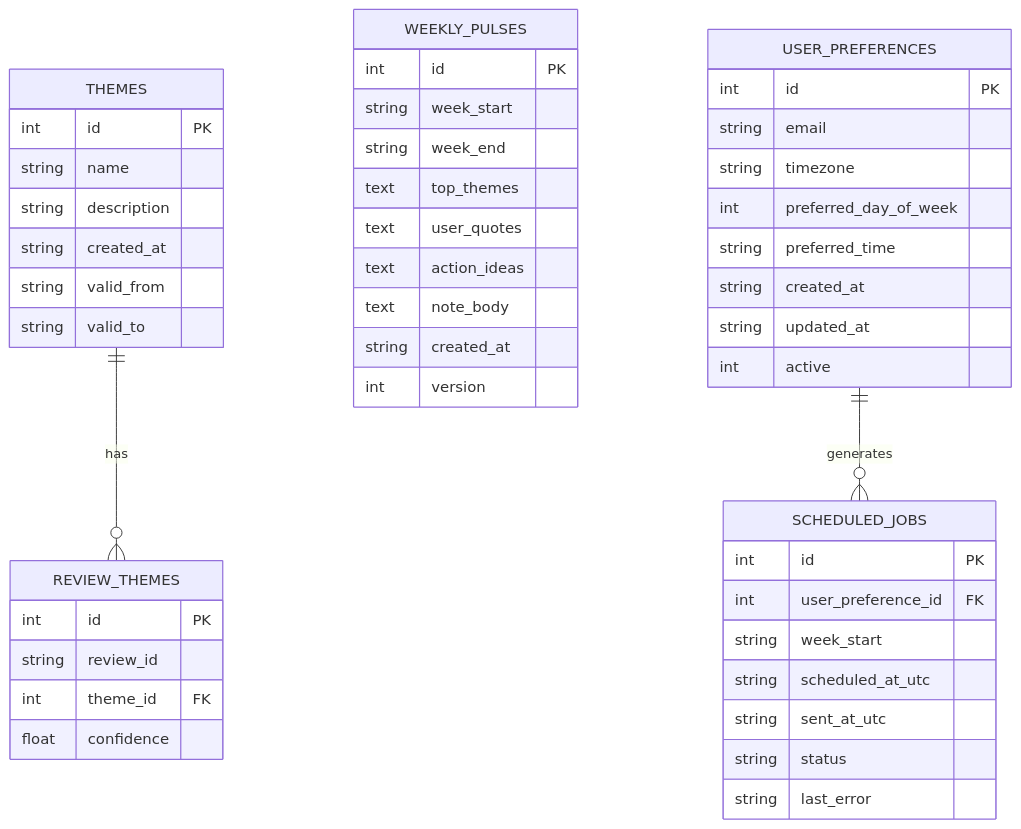
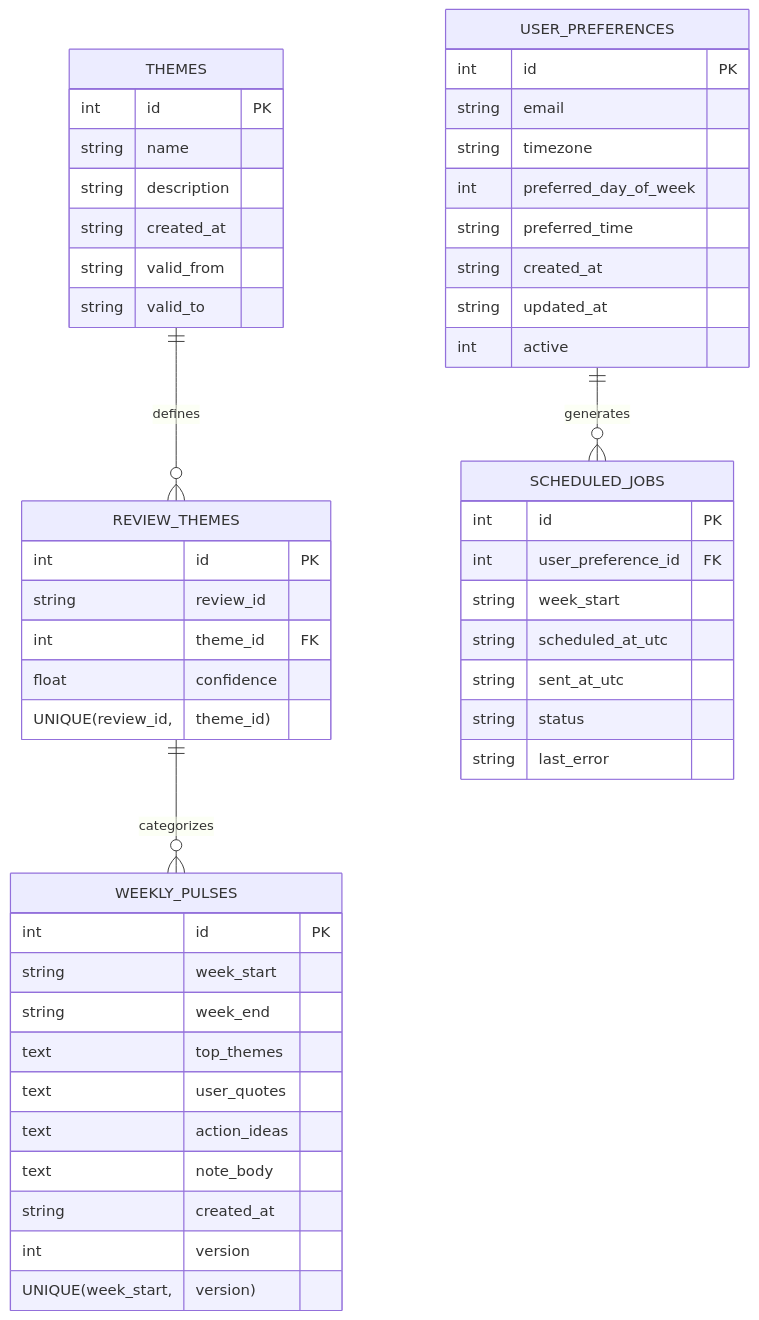
Before and after one commit to aravinthraj-ramalingam/Groww-App-Review-Insights-Analyzer-: the eighth of 9 diagrams in .qoder/repowiki/en/content/Phase 2_ Advanced Analytics & Automation/Weekly Pulse Generation.md, drawn with Mermaid. The commit also changed other lines of this file and 11 other files, not shown here.

````diff
--- a/.qoder/repowiki/en/content/Phase 2_ Advanced Analytics & Automation/Weekly Pulse Generation.md
+++ b/.qoder/repowiki/en/content/Phase 2_ Advanced Analytics & Automation/Weekly Pulse Generation.md
@@ -343,49 +364,52 @@
 ```mermaid
 erDiagram
 THEMES {
 int id PK
 string name
 string description
 string created_at
 string valid_from
 string valid_to
 }
 REVIEW_THEMES {
 int id PK
 string review_id
 int theme_id FK
 float confidence
+UNIQUE(review_id, theme_id)
 }
 WEEKLY_PULSES {
 int id PK
 string week_start
 string week_end
 text top_themes
 text user_quotes
 text action_ideas
 text note_body
 string created_at
 int version
+UNIQUE(week_start, version)
 }
 USER_PREFERENCES {
 int id PK
 string email
 string timezone
 int preferred_day_of_week
 string preferred_time
 string created_at
 string updated_at
 int active
 }
 SCHEDULED_JOBS {
 int id PK
 int user_preference_id FK
 string week_start
 string scheduled_at_utc
 string sent_at_utc
 string status
 string last_error
 }
-THEMES ||--o{ REVIEW_THEMES : "has"
+THEMES ||--o{ REVIEW_THEMES : "defines"
+REVIEW_THEMES ||--o{ WEEKLY_PULSES : "categorizes"
 USER_PREFERENCES ||--o{ SCHEDULED_JOBS : "generates"
 ```
````
